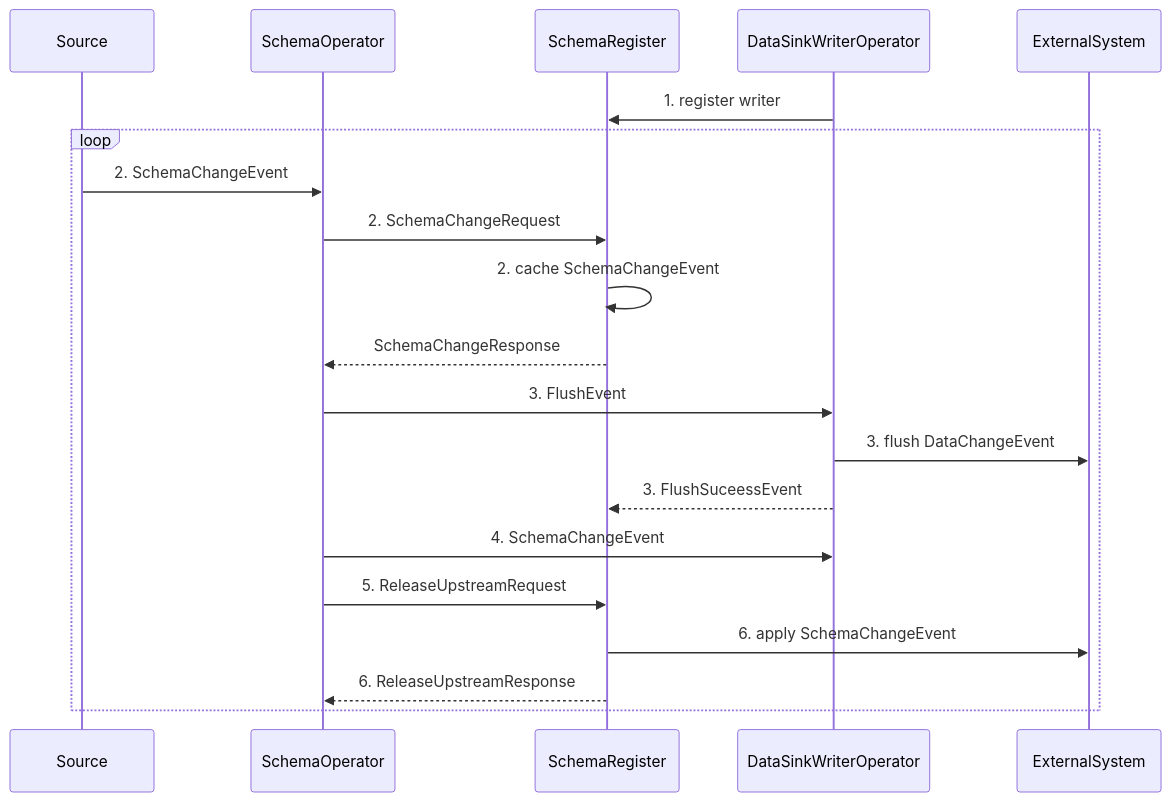
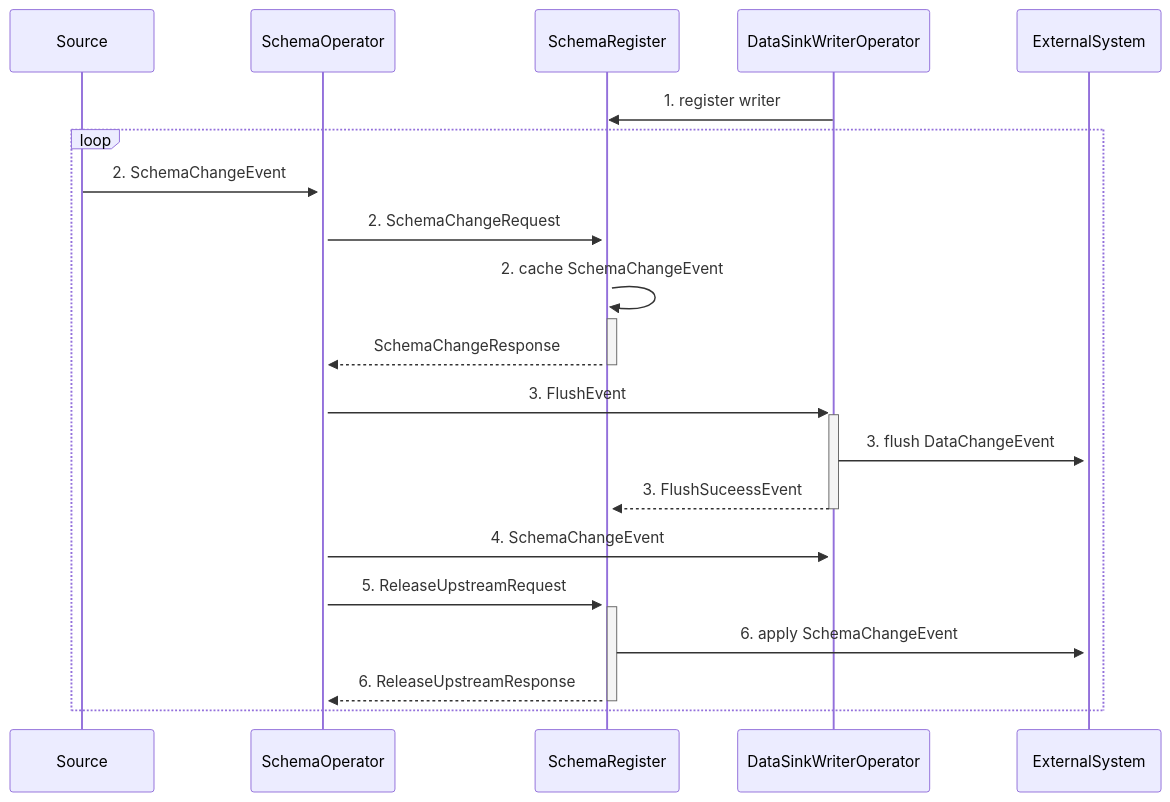
The third of 3 diagrams in _posts/数据集成/Flink/2024-08-25-flink_cdc_概念拆解.md (Benjmmi/Benjmmi.github.io), drawn with Mermaid before and after one commit.

````diff
--- a/_posts/数据集成/Flink/2024-08-25-flink_cdc_概念拆解.md
+++ b/_posts/数据集成/Flink/2024-08-25-flink_cdc_概念拆解.md
@@ -232,22 +232,22 @@
 ```mermaid
 sequenceDiagram
 	participant A as Source
     participant B as SchemaOperator
     participant C as SchemaRegister
     participant D as DataSinkWriterOperator
 	participant E as ExternalSystem
     D->>C: 1. register writer
     loop
-        A->>B: 2. SchemaChangeEvent
-        B->>C: 2. SchemaChangeRequest
-        C->>C: 2. cache SchemaChangeEvent
-        C-->>B: SchemaChangeResponse
-        B->>D: 3. FlushEvent
-        D->>E: 3. flush DataChangeEvent
-        D-->>C: 3. FlushSuceessEvent
-        B->>D: 4. SchemaChangeEvent
-        B->>C: 5. ReleaseUpstreamRequest
-        C->>E: 6. apply SchemaChangeEvent
-        C-->>B: 6. ReleaseUpstreamResponse
+        A->>+ B: 2. SchemaChangeEvent
+        B->>+C: 2. SchemaChangeRequest
+        C->>+C: 2. cache SchemaChangeEvent
+        C-->>-B: SchemaChangeResponse
+        B->>+D: 3. FlushEvent
+        D->>+E: 3. flush DataChangeEvent
+        D-->>-C: 3. FlushSuceessEvent
+        B->>+D: 4. SchemaChangeEvent
+        B->>+C: 5. ReleaseUpstreamRequest
+        C->>+E: 6. apply SchemaChangeEvent
+        C-->>-B: 6. ReleaseUpstreamResponse
     end        
 ```
````
